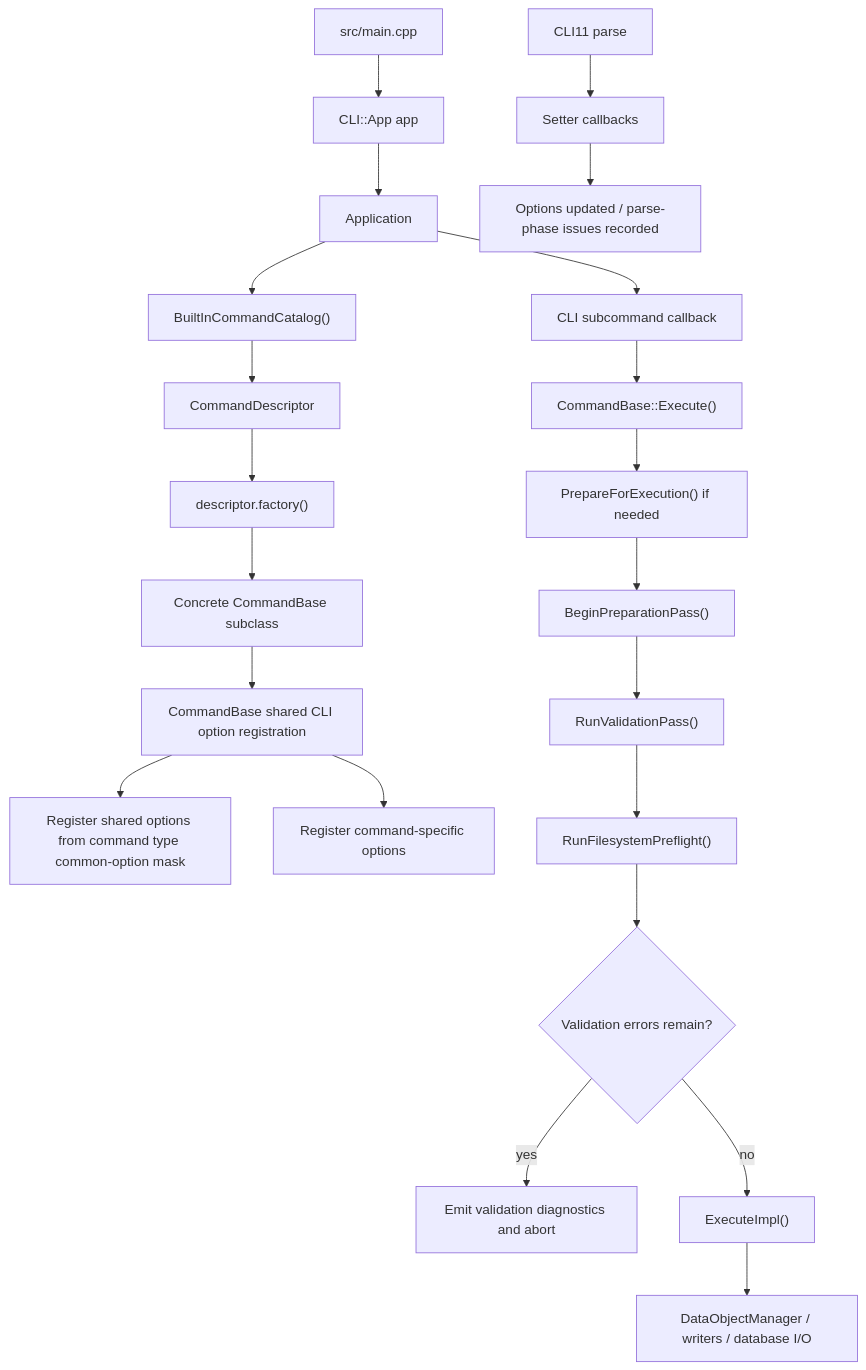
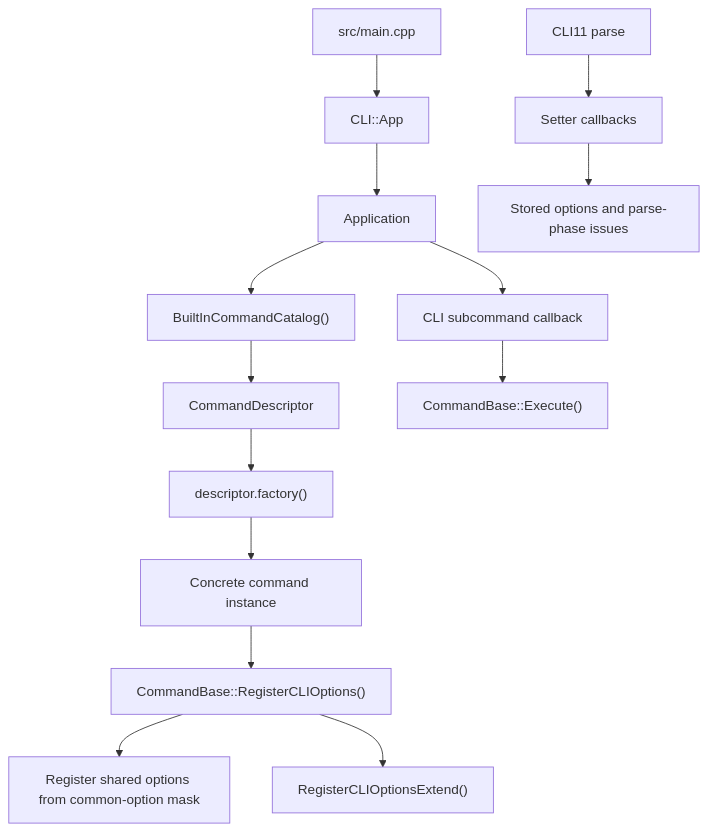
One commit to yslianTim/rhbm_gem changed the first of 2 diagrams in docs/developer/architecture/command-architecture.md. Above: the diagram before and after it, drawn with Mermaid. The commit also changed other lines of this file and 4 other files, not shown here.

````diff
--- a/docs/developer/architecture/command-architecture.md
+++ b/docs/developer/architecture/command-architecture.md
@@ -44,26 +68,16 @@
 ```mermaid
 flowchart TD
-    A["src/main.cpp"] --> B["CLI::App app"]
+    A["src/main.cpp"] --> B["CLI::App"]
     B --> C["Application"]
     C --> D["BuiltInCommandCatalog()"]
     D --> E["CommandDescriptor"]
     E --> F["descriptor.factory()"]
-    F --> G["Concrete CommandBase subclass"]
-    G --> H["CommandBase shared CLI option registration"]
-    H --> I["Register shared options from command type common-option mask"]
-    H --> J["Register command-specific options"]
-
+    F --> G["Concrete command instance"]
+    G --> H["CommandBase::RegisterCLIOptions()"]
+    H --> I["Register shared options from common-option mask"]
+    H --> J["RegisterCLIOptionsExtend()"]
     K["CLI11 parse"] --> L["Setter callbacks"]
-    L --> M["Options updated / parse-phase issues recorded"]
-
+    L --> M["Stored options and parse-phase issues"]
     C --> N["CLI subcommand callback"]
     N --> O["CommandBase::Execute()"]
-    O --> P["PrepareForExecution() if needed"]
-    P --> Q["BeginPreparationPass()"]
-    Q --> R["RunValidationPass()"]
-    R --> S["RunFilesystemPreflight()"]
-    S --> T{"Validation errors remain?"}
-    T -- yes --> U["Emit validation diagnostics and abort"]
-    T -- no --> V["ExecuteImpl()"]
-    V --> W["DataObjectManager / writers / database I/O"]
 ```
````
